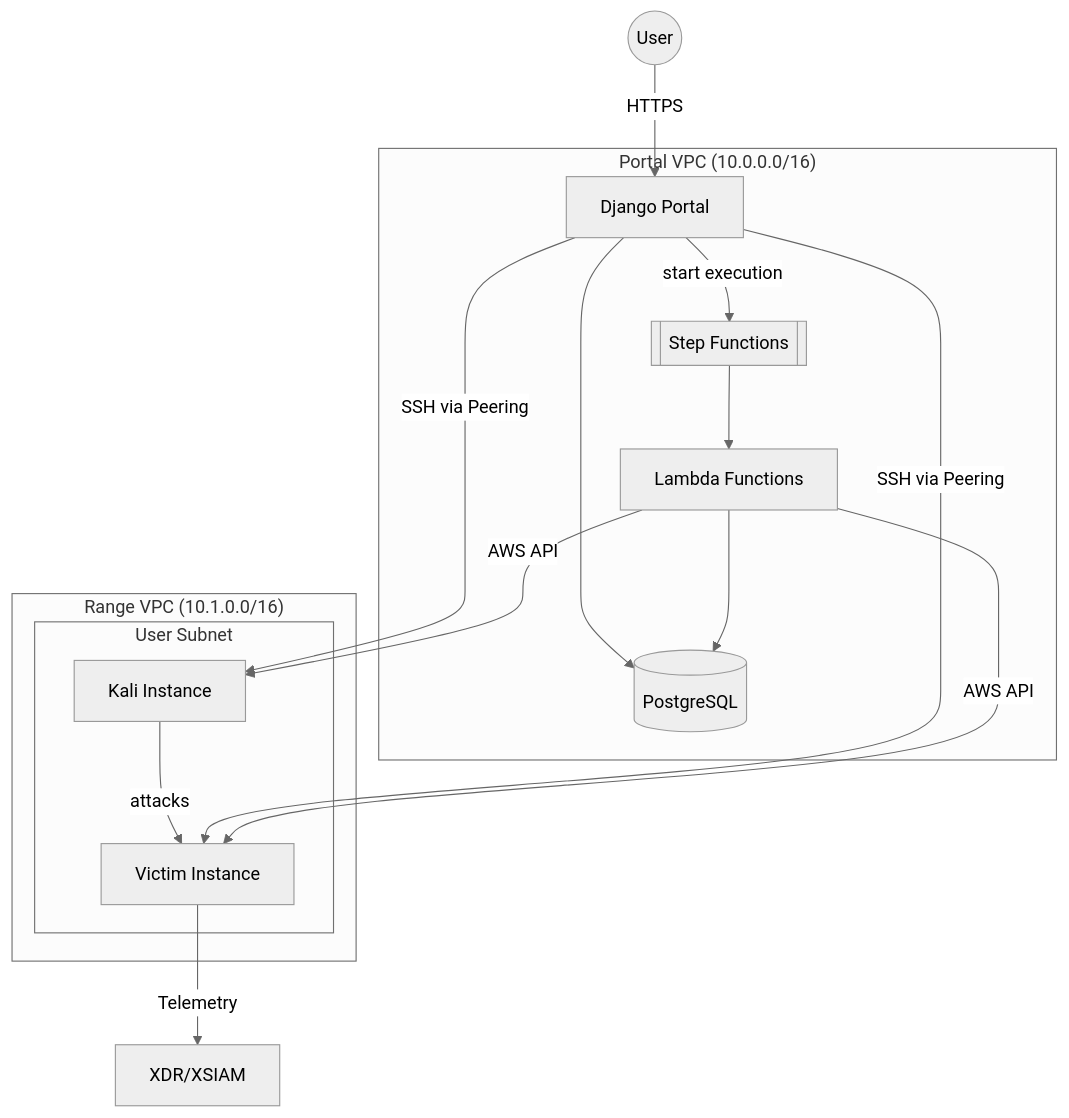
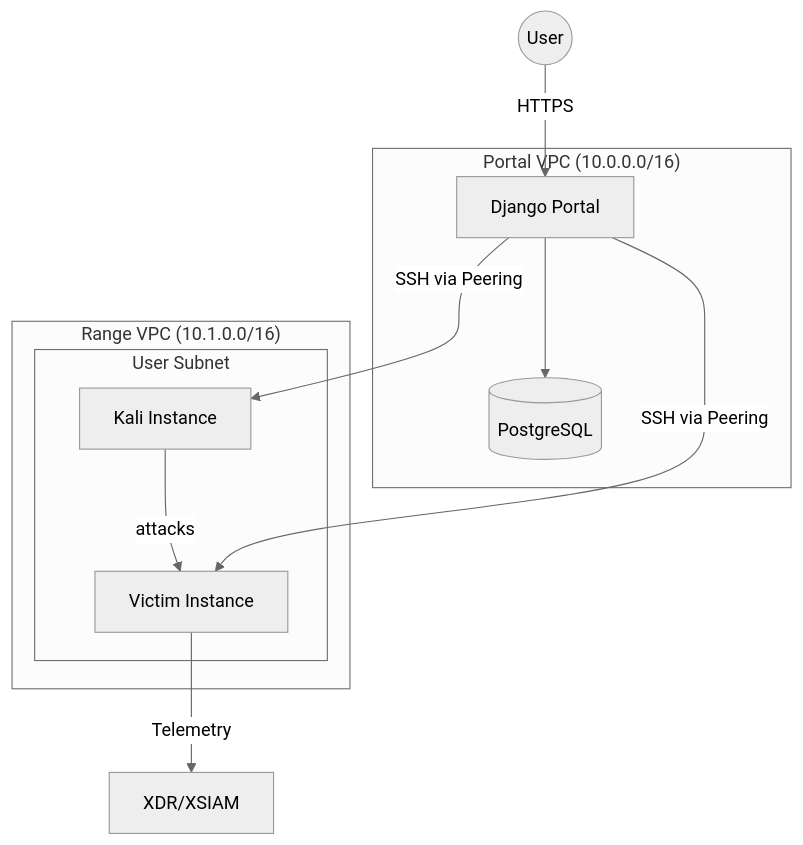
The first of 5 diagrams in docs/src/architecture.md (PaloAltoNetworks/shifter), drawn with Mermaid (neutral theme) before and after one commit. The commit also changed other lines of this file and 34 other files, not shown here.

````diff
--- a/docs/src/architecture.md
+++ b/docs/src/architecture.md
@@ -12,28 +10,21 @@
 ```mermaid
 graph TB
     subgraph "Portal VPC (10.0.0.0/16)"
         Portal[Django Portal]
         RDS[(PostgreSQL)]
-        StepFn[[Step Functions]]
-        Lambda[Lambda Functions]
         Portal --> RDS
-        Portal -->|start execution| StepFn
-        StepFn --> Lambda
-        Lambda --> RDS
     end
 
     subgraph "Range VPC (10.1.0.0/16)"
         subgraph "User Subnet"
             Kali[Kali Instance]
             Victim[Victim Instance]
             Kali -->|attacks| Victim
         end
     end
 
     User((User)) -->|HTTPS| Portal
     Portal -->|SSH via Peering| Kali
     Portal -->|SSH via Peering| Victim
-    Lambda -->|AWS API| Kali
-    Lambda -->|AWS API| Victim
     Victim -->|Telemetry| XDR[XDR/XSIAM]
 ```
````
